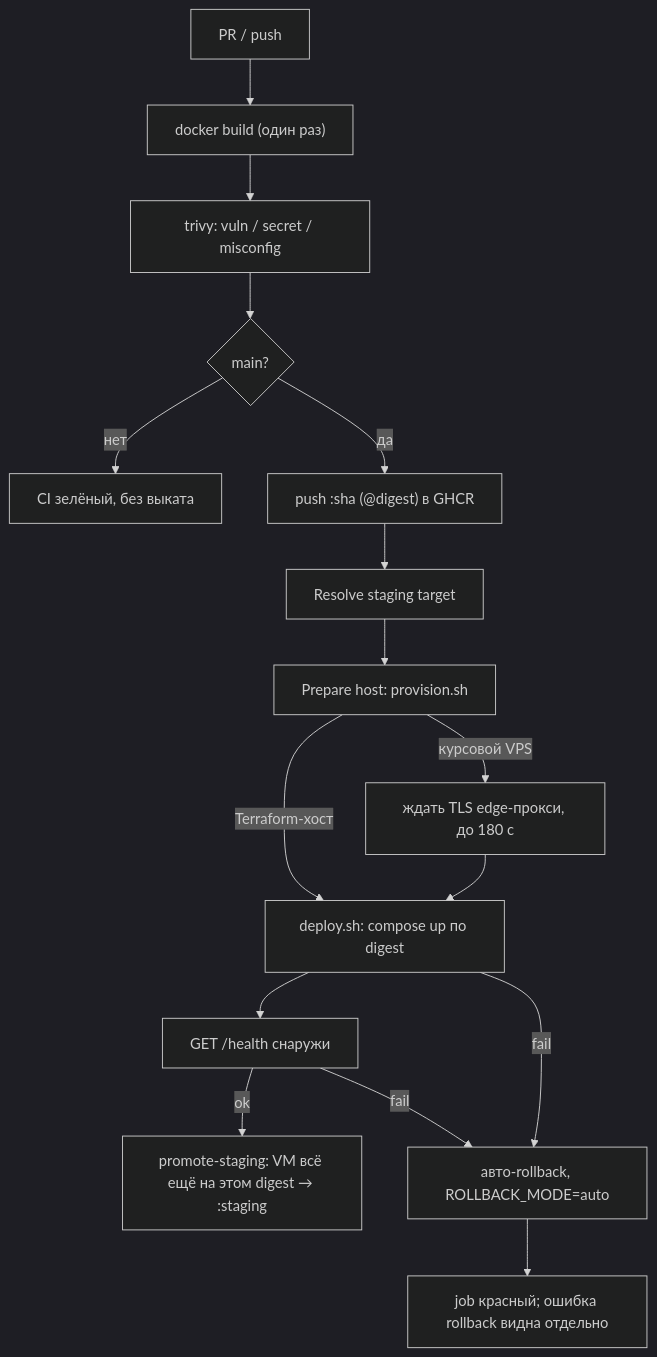
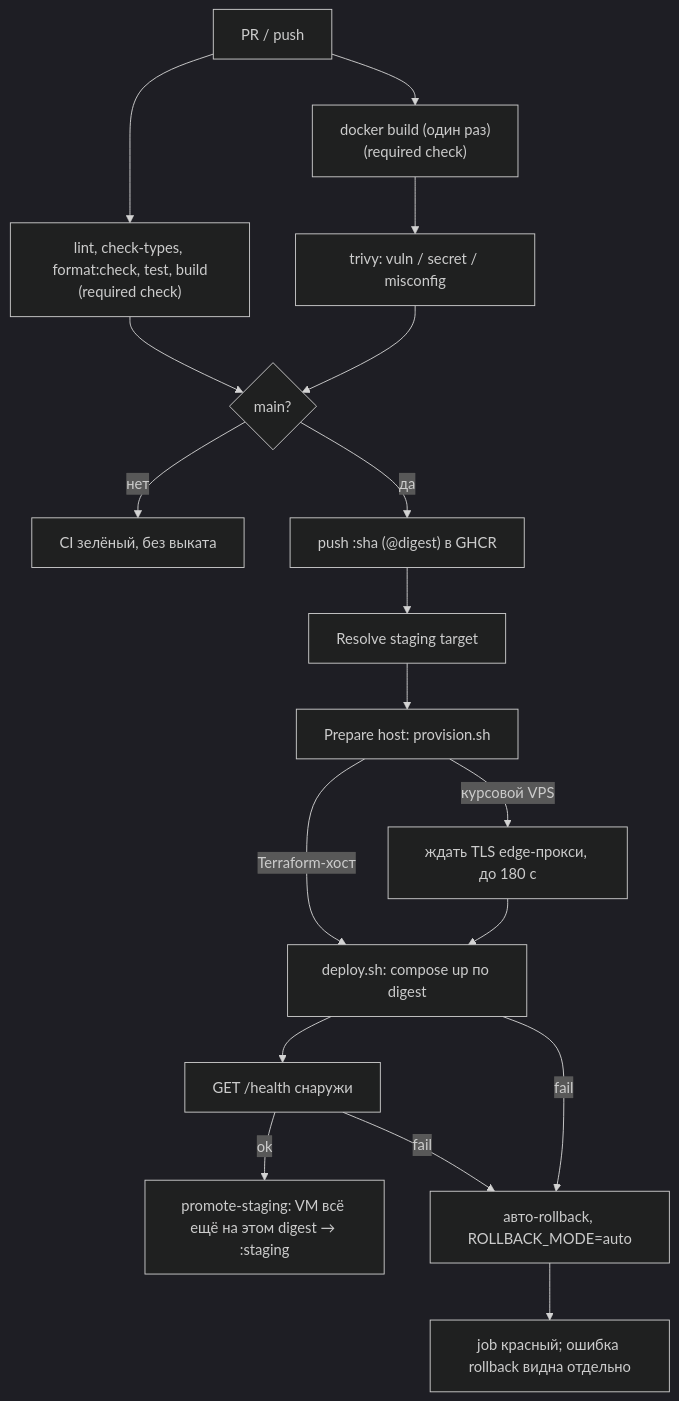
The diagram in docs/CICD.md (larchanka-training/dmc-268-ui-t6), drawn with Mermaid (dark theme) before and after one commit. The commit also changed other lines of this file and 2 other files, not shown here.

First line of the commit message:
ci(quality): gate PRs and image push on the five quality gates (#66)

````diff
--- a/docs/CICD.md
+++ b/docs/CICD.md
@@ -15,18 +15,20 @@
 ```mermaid
 flowchart TD
-  pr["PR / push"] --> build["docker build (один раз)"]
+  pr["PR / push"] --> quality["lint, check-types, format:check, test, build\n(required check)"]
+  pr --> build["docker build (один раз)\n(required check)"]
   build --> scan["trivy: vuln / secret / misconfig"]
-  scan --> gate{"main?"}
+  quality --> gate{"main?"}
+  scan --> gate
   gate -->|нет| stop["CI зелёный, без выката"]
   gate -->|да| push["push :sha (@digest) в GHCR"]
   push --> target["Resolve staging target"]
   target --> prep["Prepare host: provision.sh"]
   prep -->|Terraform-хост| deploy["deploy.sh: compose up по digest"]
   prep -->|курсовой VPS| tls["ждать TLS edge-прокси, до 180 с"]
   tls --> deploy
   deploy --> health["GET /health снаружи"]
   health -->|ok| promote["promote-staging: VM всё ещё на этом digest → :staging"]
   health -->|fail| rb["авто-rollback, ROLLBACK_MODE=auto"]
   deploy -->|fail| rb
   rb --> fail["job красный; ошибка rollback видна отдельно"]
 ```
````
